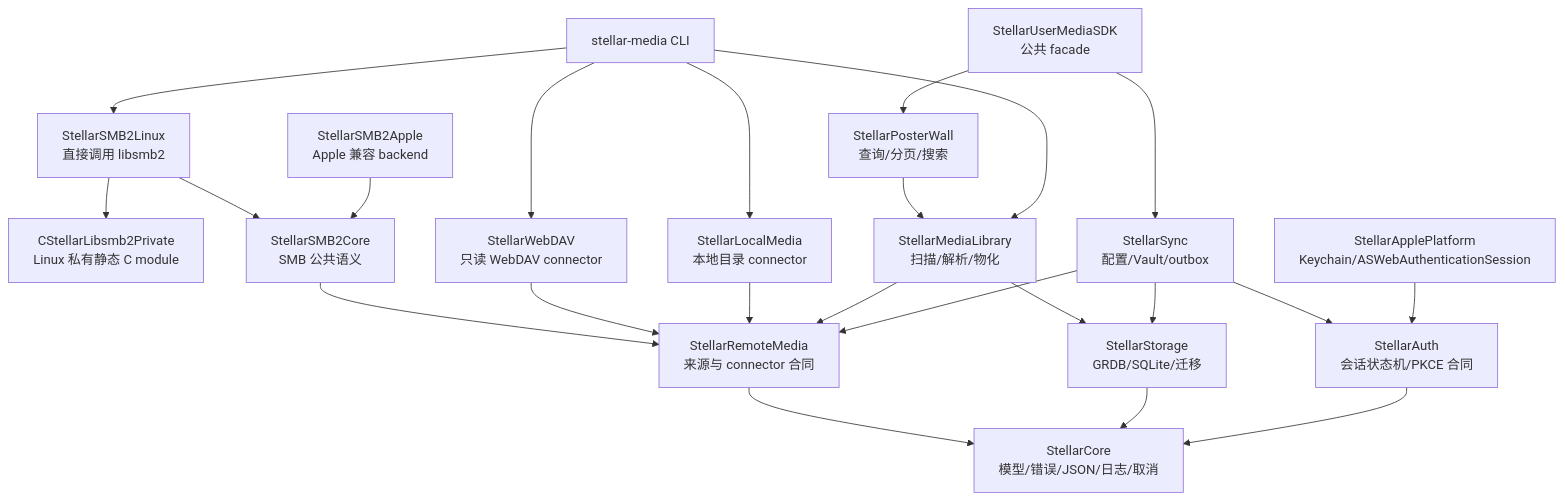
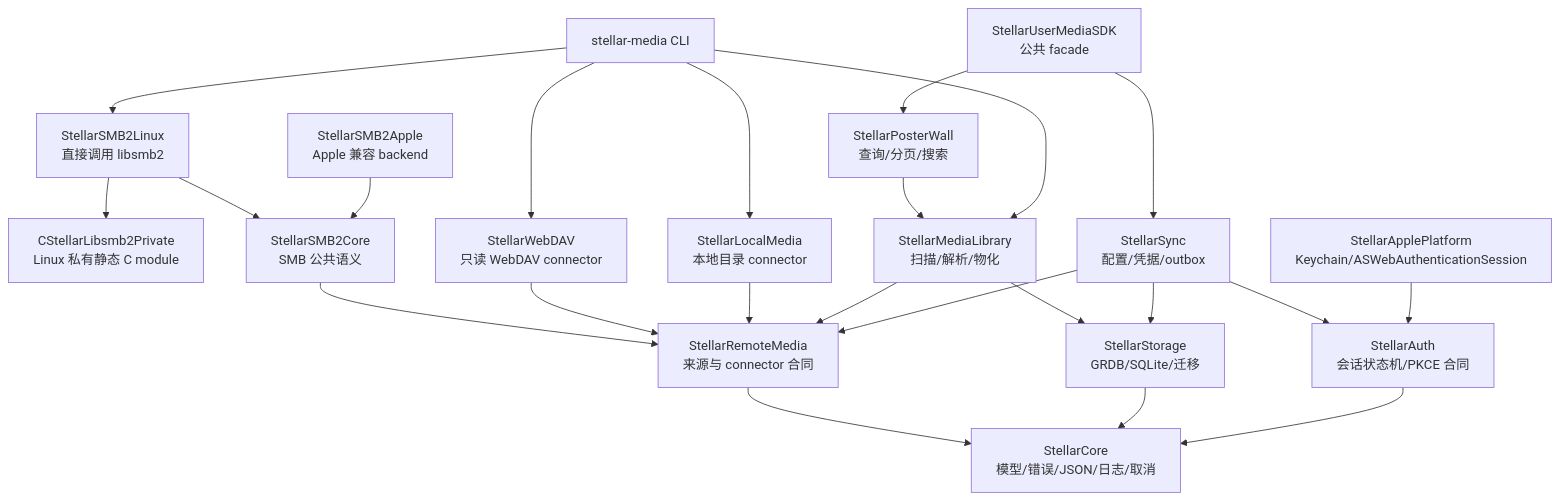
Before and after one commit to qietv/stellar-user-media-sdk: the diagram in docs/plans/swift-reference-implementation.md, drawn with Mermaid. The commit also changed other lines of this file and 31 other files, not shown here.

````diff
--- a/docs/plans/swift-reference-implementation.md
+++ b/docs/plans/swift-reference-implementation.md
@@ -95,27 +95,27 @@
 ```mermaid
 flowchart TD
     Core["StellarCore\n模型/错误/JSON/日志/取消"]
     Remote["StellarRemoteMedia\n来源与 connector 合同"] --> Core
     CSMB["CStellarLibsmb2Private\nLinux 私有静态 C module"]
     SMB["StellarSMB2Core\nSMB 公共语义"] --> Remote
     SMBLinux["StellarSMB2Linux\n直接调用 libsmb2"] --> SMB
     SMBLinux --> CSMB
     SMBApple["StellarSMB2Apple\nApple 兼容 backend"] --> SMB
     WebDAV["StellarWebDAV\n只读 WebDAV connector"] --> Remote
     Local["StellarLocalMedia\n本地目录 connector"] --> Remote
     Storage["StellarStorage\nGRDB/SQLite/迁移"] --> Core
     Library["StellarMediaLibrary\n扫描/解析/物化"] --> Remote
     Library --> Storage
     Wall["StellarPosterWall\n查询/分页/搜索"] --> Library
     Auth["StellarAuth\n会话状态机/PKCE 合同"] --> Core
-    Sync["StellarSync\n配置/Vault/outbox"] --> Auth
+    Sync["StellarSync\n配置/凭据/outbox"] --> Auth
     Sync --> Storage
     Sync --> Remote
     Apple["StellarApplePlatform\nKeychain/ASWebAuthenticationSession"] --> Auth
     Facade["StellarUserMediaSDK\n公共 facade"] --> Wall
     Facade --> Sync
     CLI["stellar-media CLI"] --> Library
     CLI --> SMBLinux
     CLI --> WebDAV
     CLI --> Local
 ```
````
